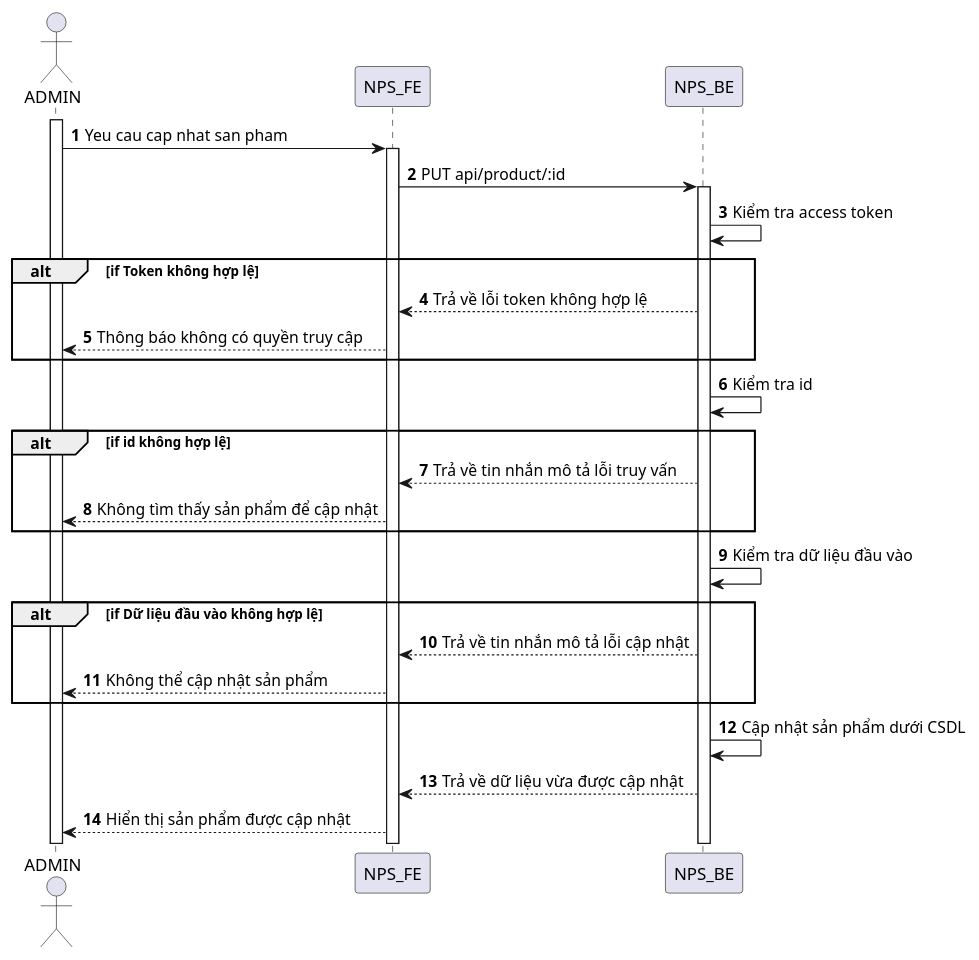
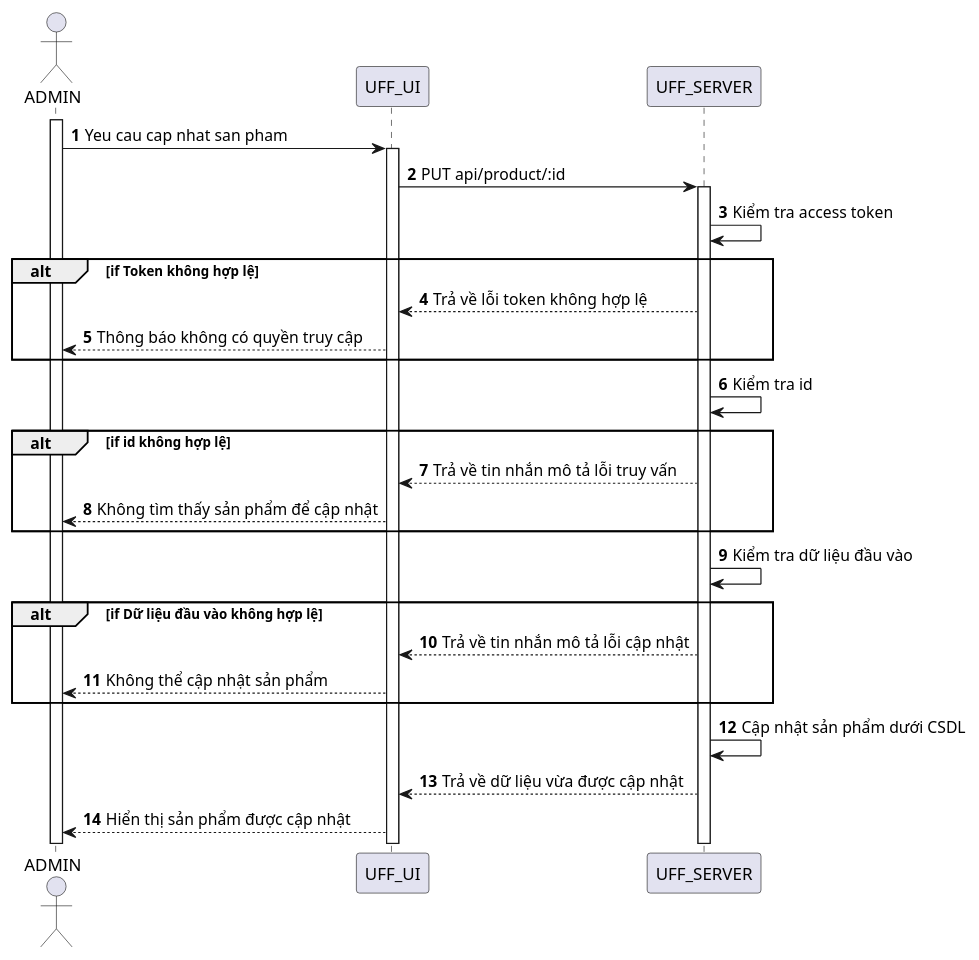
Before and after one commit to congdanh0101/fast-food: the diagram in SequenceDiagram/Product/update-product.puml, drawn with PlantUML. The commit also changed 177 other files, not shown here.

Commit message:
update sequence

```diff
--- a/SequenceDiagram/Product/update-product.puml
+++ b/SequenceDiagram/Product/update-product.puml
@@ -1,38 +1,38 @@
 @startuml
 autonumber
 actor ADMIN
 
 activate ADMIN
 
-ADMIN -> NPS_FE: Yeu cau cap nhat san pham
-activate NPS_FE
+ADMIN -> UFF_UI: Yeu cau cap nhat san pham
+activate UFF_UI
 
-NPS_FE -> NPS_BE: PUT api/product/:id
-activate NPS_BE
+UFF_UI -> UFF_SERVER: PUT api/product/:id
+activate UFF_SERVER
 
-NPS_BE -> NPS_BE: Kiểm tra access token
+UFF_SERVER -> UFF_SERVER: Kiểm tra access token
 
 alt if Token không hợp lệ
-NPS_BE --> NPS_FE: Trả về lỗi token không hợp lệ
-NPS_FE --> ADMIN: Thông báo không có quyền truy cập
+UFF_SERVER --> UFF_UI: Trả về lỗi token không hợp lệ
+UFF_UI --> ADMIN: Thông báo không có quyền truy cập
 end
 
-NPS_BE -> NPS_BE: Kiểm tra id
+UFF_SERVER -> UFF_SERVER: Kiểm tra id
 
 alt if id không hợp lệ
-NPS_BE --> NPS_FE: Trả về tin nhắn mô tả lỗi truy vấn
-NPS_FE --> ADMIN:Không tìm thấy sản phẩm để cập nhật
+UFF_SERVER --> UFF_UI: Trả về tin nhắn mô tả lỗi truy vấn
+UFF_UI --> ADMIN:Không tìm thấy sản phẩm để cập nhật
 end
 
-NPS_BE -> NPS_BE: Kiểm tra dữ liệu đầu vào
+UFF_SERVER -> UFF_SERVER: Kiểm tra dữ liệu đầu vào
 
 alt if Dữ liệu đầu vào không hợp lệ
-NPS_BE --> NPS_FE: Trả về tin nhắn mô tả lỗi cập nhật
-NPS_FE --> ADMIN: Không thể cập nhật sản phẩm
+UFF_SERVER --> UFF_UI: Trả về tin nhắn mô tả lỗi cập nhật
+UFF_UI --> ADMIN: Không thể cập nhật sản phẩm
 end
 
-NPS_BE->NPS_BE: Cập nhật sản phẩm dưới CSDL
-NPS_BE --> NPS_FE: Trả về dữ liệu vừa được cập nhật
-NPS_FE --> ADMIN: Hiển thị sản phẩm được cập nhật
+UFF_SERVER->UFF_SERVER: Cập nhật sản phẩm dưới CSDL
+UFF_SERVER --> UFF_UI: Trả về dữ liệu vừa được cập nhật
+UFF_UI --> ADMIN: Hiển thị sản phẩm được cập nhật
 
 @enduml
```
